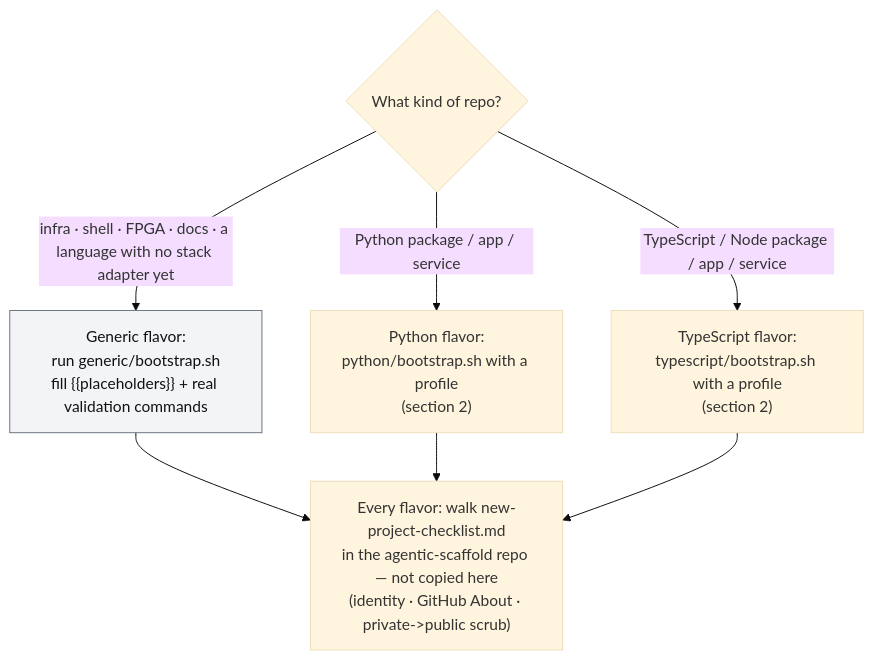
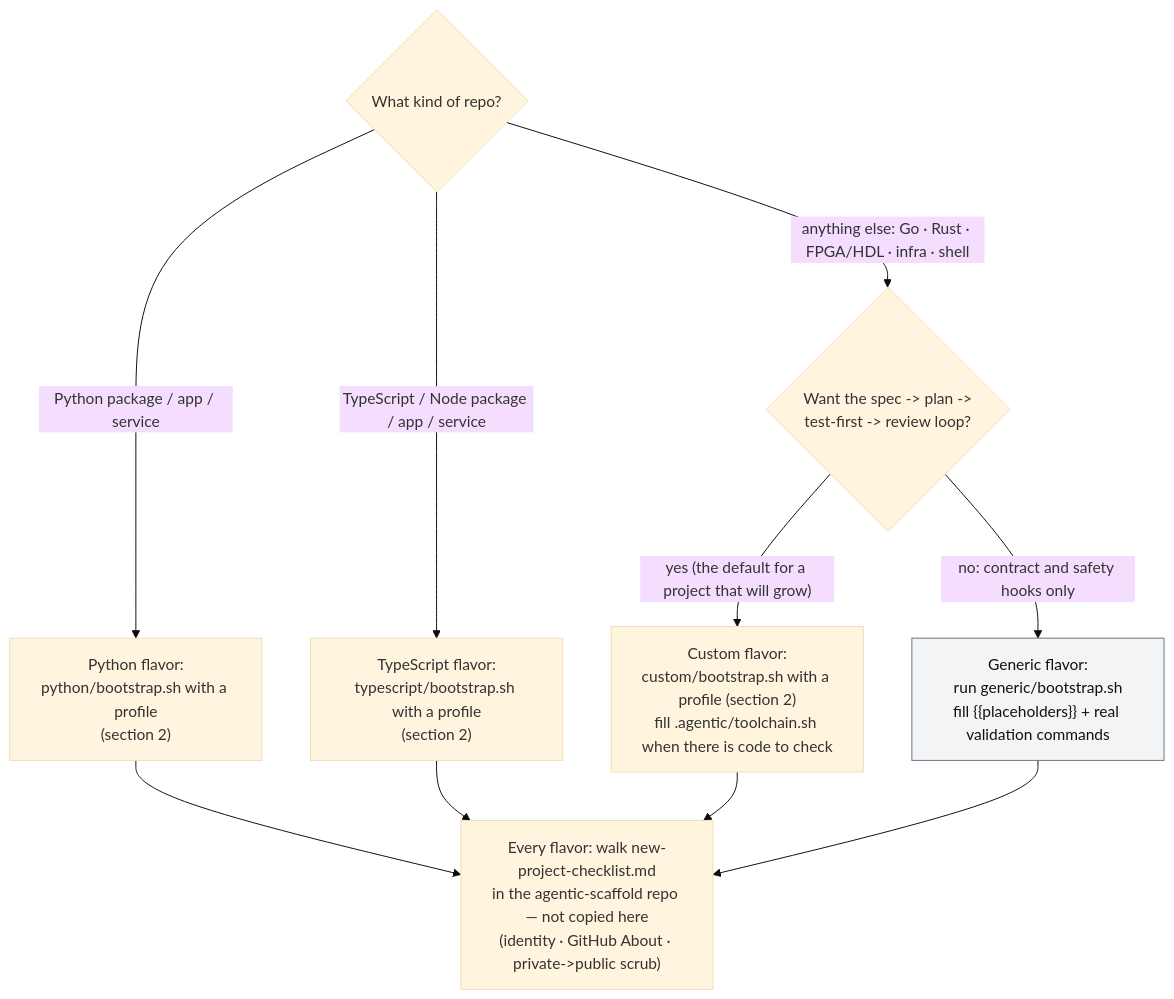
One commit to bbirkinbine/agentic-scaffold changed the first of 3 diagrams in typescript/docs/project-types.md. Above: the diagram before and after it, drawn with Mermaid (base theme). The commit also changed other lines of this file and 132 other files, not shown here.

````diff
--- a/typescript/docs/project-types.md
+++ b/typescript/docs/project-types.md
@@ -24,13 +26,16 @@
 ```mermaid
 flowchart TD
     Q{"What kind of repo?"}
     Q -->|"Python package / app / service"| PY["Python flavor:<br/>python/bootstrap.sh with a profile<br/>(section 2)"]
     Q -->|"TypeScript / Node package / app / service"| TS["TypeScript flavor:<br/>typescript/bootstrap.sh with a profile<br/>(section 2)"]
-    Q -->|"infra · shell · FPGA · docs · a language with no stack adapter yet"| NP["Generic flavor:<br/>run generic/bootstrap.sh<br/>fill {{placeholders}} + real validation commands"]
+    Q -->|"anything else: Go · Rust · FPGA/HDL · infra · shell"| LOOP{"Want the spec -> plan -><br/>test-first -> review loop?"}
+    LOOP -->|"yes (the default for a project that will grow)"| CU["Custom flavor:<br/>custom/bootstrap.sh with a profile (section 2)<br/>fill .agentic/toolchain.sh when there is code to check"]
+    LOOP -->|"no: contract and safety hooks only"| NP["Generic flavor:<br/>run generic/bootstrap.sh<br/>fill {{placeholders}} + real validation commands"]
     NP --> BOTH["Every flavor: walk new-project-checklist.md<br/>in the agentic-scaffold repo — not copied here<br/>(identity · GitHub About · private->public scrub)"]
     PY --> BOTH
     TS --> BOTH
+    CU --> BOTH
 
     classDef nonpy fill:#f3f4f6,stroke:#6b7280,color:#111;
     class NP nonpy;
 ```
````
